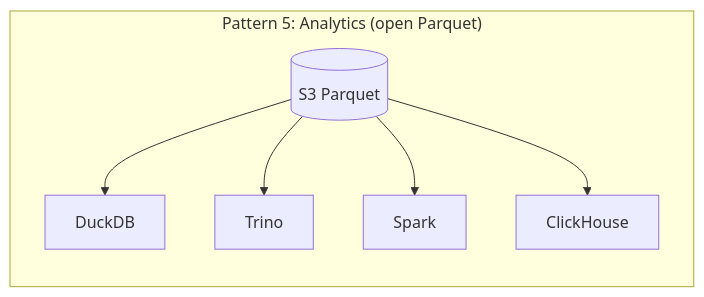
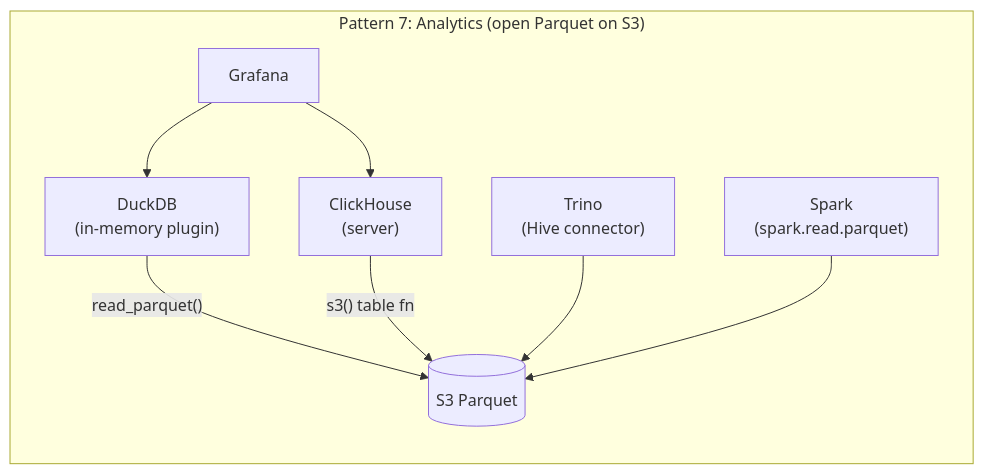
Before and after one commit to ReliablyObserve/victoria-lakehouse: the tenth of 10 diagrams in README.md, drawn with Mermaid. The commit also changed other lines of this file and 29 other files, not shown here.

First line of the commit message:
feat: multi-level select, analytics datasources, hot+cold architecture (#46)

````diff
--- a/README.md
+++ b/README.md
@@ -263,9 +299,11 @@
 ```mermaid
 graph LR
-    subgraph "Pattern 5: Analytics (open Parquet)"
-        S5[("S3 Parquet")] --> DDB["DuckDB"]
-        S5 --> TRI["Trino"]
-        S5 --> SPK["Spark"]
-        S5 --> CH["ClickHouse"]
+    subgraph "Pattern 7: Analytics (open Parquet on S3)"
+        G7["Grafana"] --> DDB["DuckDB<br/>(in-memory plugin)"]
+        G7 --> CH7["ClickHouse<br/>(server)"]
+        DDB -->|"read_parquet()"| S7[("S3 Parquet")]
+        CH7 -->|"s3() table fn"| S7
+        TRI["Trino<br/>(Hive connector)"] --> S7
+        SPK["Spark<br/>(spark.read.parquet)"] --> S7
     end
 ```
````
